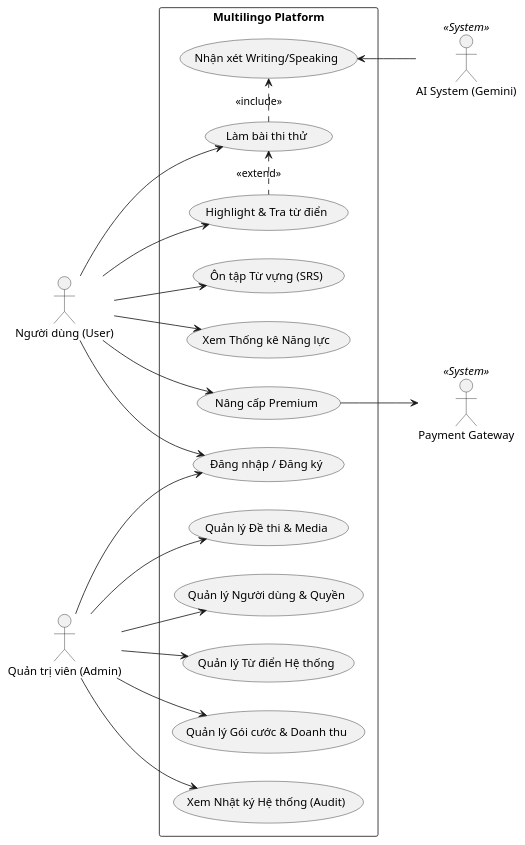
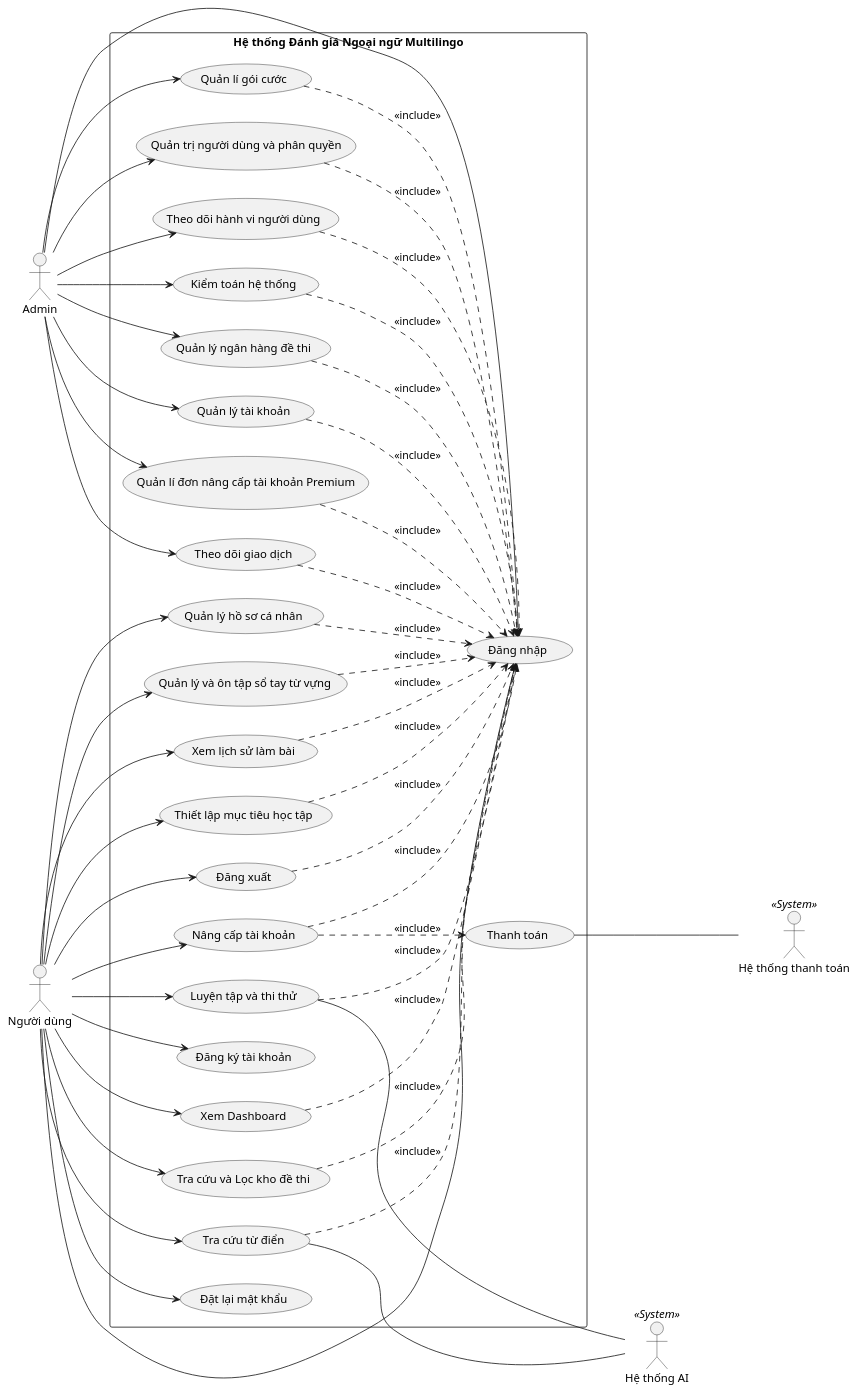
Before and after one commit to ngkhson/multilingo-platform: the diagram in HUONG_DAN_USE_CASE.md, drawn with PlantUML. The commit also changed other lines of this file and 2 other files, not shown here.

Commit message:
update use case

````diff
--- a/HUONG_DAN_USE_CASE.md
+++ b/HUONG_DAN_USE_CASE.md
@@ -46,51 +56,96 @@
 left to right direction
 skinparam packageStyle rectangle
 
-actor "Người dùng (User)" as User
-actor "Quản trị viên (Admin)" as Admin
-actor "AI System (Gemini)" as AI <<System>>
-actor "Payment Gateway" as Gateway <<System>>
+actor "Admin" as Admin
+actor "Người dùng" as User
+actor "Hệ thống AI" as AI <<System>>
+actor "Hệ thống thanh toán" as Gateway <<System>>
 
-rectangle "Multilingo Platform" {
+rectangle "Hệ thống Đánh giá Ngoại ngữ Multilingo" {
   
-  ' Use Cases của User
-  usecase "Đăng nhập / Đăng ký" as UC_Auth
-  usecase "Làm bài thi thử" as UC_Test
-  usecase "Nhận xét Writing/Speaking" as UC_AIGrade
-  usecase "Highlight & Tra từ điển" as UC_Flashcard
-  usecase "Ôn tập Từ vựng (SRS)" as UC_Review
-  usecase "Xem Thống kê Năng lực" as UC_Stats
-  usecase "Nâng cấp Premium" as UC_Premium
+  ' Use case trung tâm
+  usecase "Đăng nhập" as UC_Login
+  usecase "Thanh toán" as UC_Pay
+  
+  ' ================== USER USE CASES ==================
+  usecase "Đăng ký tài khoản" as U_Register
+  usecase "Xem Dashboard" as U_Dash
+  usecase "Tra cứu từ điển" as U_Dict
+  usecase "Tra cứu và Lọc kho đề thi" as U_Filter
+  usecase "Đặt lại mật khẩu" as U_Reset
+  usecase "Thiết lập mục tiêu học tập" as U_Target
+  usecase "Đăng xuất" as U_Logout
+  usecase "Quản lý hồ sơ cá nhân" as U_Profile
+  usecase "Luyện tập và thi thử" as U_Test
+  usecase "Quản lý và ôn tập sổ tay từ vựng" as U_Review
+  usecase "Xem lịch sử làm bài" as U_History
+  usecase "Nâng cấp tài khoản" as U_Premium
 
-  ' Use Cases của Admin
-  usecase "Quản lý Đề thi & Media" as UC_ExamMgmt
-  usecase "Quản lý Người dùng & Quyền" as UC_UserMgmt
-  usecase "Quản lý Từ điển Hệ thống" as UC_DictMgmt
-  usecase "Quản lý Gói cước & Doanh thu" as UC_BillingMgmt
-  usecase "Xem Nhật ký Hệ thống (Audit)" as UC_AuditLog
+  ' User Links
+  User --> U_Register
+  User --> U_Reset
+  User --> U_Dash
+  User --> U_Dict
+  User --> U_Filter
+  User --> U_Target
+  User --> U_Logout
+  User --> U_Profile
+  User --> U_Test
+  User --> U_Review
+  User --> U_History
+  User --> U_Premium
+  User --> UC_Login
   
-  ' Quan hệ Include / Extend
-  UC_Test .> UC_AIGrade : <<include>>
-  UC_Test <. UC_Flashcard : <<extend>>
+  ' Include Login (User)
+  U_Dash ..> UC_Login : <<include>>
+  U_Dict ..> UC_Login : <<include>>
+  U_Filter ..> UC_Login : <<include>>
+  U_Target ..> UC_Login : <<include>>
+  U_Logout ..> UC_Login : <<include>>
+  U_Profile ..> UC_Login : <<include>>
+  U_Test ..> UC_Login : <<include>>
+  U_Review ..> UC_Login : <<include>>
+  U_History ..> UC_Login : <<include>>
+  U_Premium ..> UC_Login : <<include>>
   
-  ' Kết nối Tác nhân với Use Case
-  User --> UC_Auth
-  User --> UC_Test
-  User --> UC_Flashcard
-  User --> UC_Review
-  User --> UC_Stats
-  User --> UC_Premium
+  ' Include Payment
+  U_Premium ..> UC_Pay : <<include>>
+
+  ' System Actor Links
+  U_Dict --- AI
+  U_Test --- AI
+  UC_Pay --- Gateway
   
-  Admin --> UC_Auth
-  Admin --> UC_ExamMgmt
-  Admin --> UC_UserMgmt
-  Admin --> UC_DictMgmt
-  Admin --> UC_BillingMgmt
-  Admin --> UC_AuditLog
+  ' ================== ADMIN USE CASES ==================
+  usecase "Theo dõi giao dịch" as A_Trans
+  usecase "Quản lí gói cước" as A_Plan
+  usecase "Quản trị người dùng và phân quyền" as A_UserMgmt
+  usecase "Theo dõi hành vi người dùng" as A_Tracking
+  usecase "Kiểm toán hệ thống" as A_Audit
+  usecase "Quản lý ngân hàng đề thi" as A_ExamMgmt
+  usecase "Quản lý tài khoản" as A_Account
+  usecase "Quản lí đơn nâng cấp tài khoản Premium" as A_Upgrade
   
-  ' Kết nối System Actors
-  UC_AIGrade <-- AI
-  UC_Premium --> Gateway
+  ' Admin Links
+  Admin --> A_Trans
+  Admin --> A_Plan
+  Admin --> A_UserMgmt
+  Admin --> A_Tracking
+  Admin --> A_Audit
+  Admin --> A_ExamMgmt
+  Admin --> A_Account
+  Admin --> A_Upgrade
+  Admin --> UC_Login
+  
+  ' Include Login (Admin)
+  A_Trans ..> UC_Login : <<include>>
+  A_Plan ..> UC_Login : <<include>>
+  A_UserMgmt ..> UC_Login : <<include>>
+  A_Tracking ..> UC_Login : <<include>>
+  A_Audit ..> UC_Login : <<include>>
+  A_ExamMgmt ..> UC_Login : <<include>>
+  A_Account ..> UC_Login : <<include>>
+  A_Upgrade ..> UC_Login : <<include>>
 }
 @enduml
 ```
````
